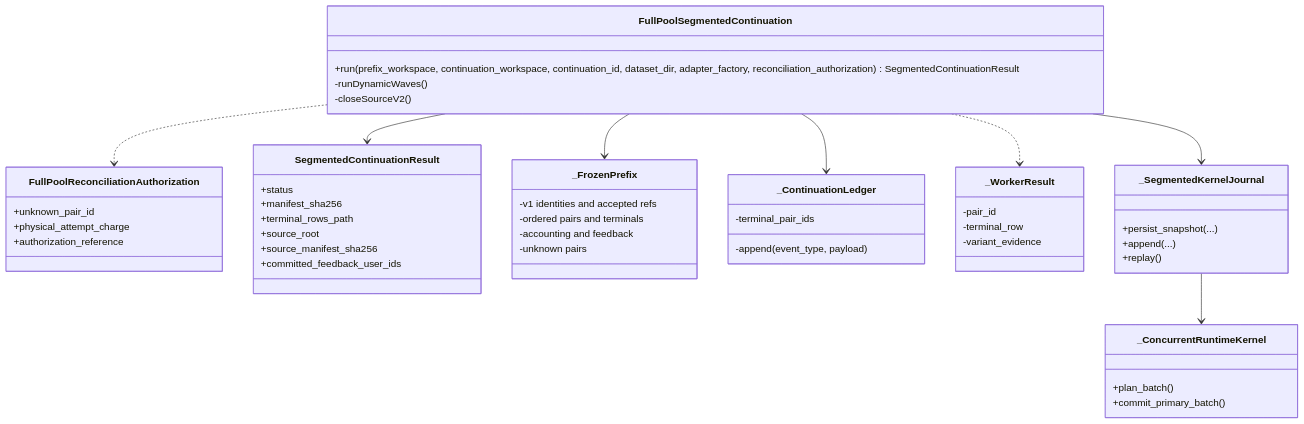
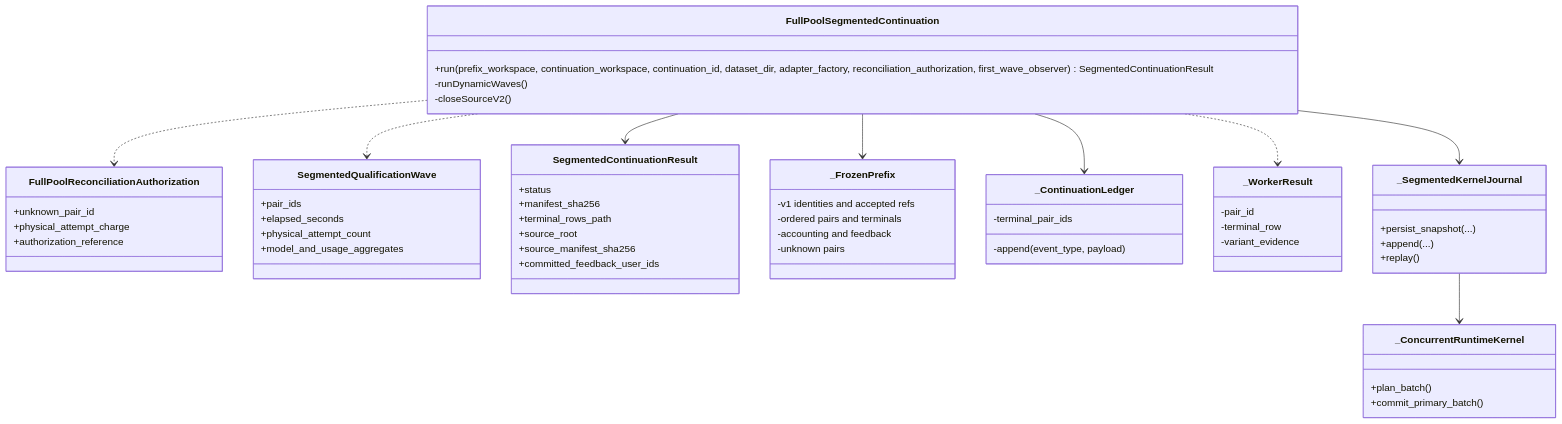
The eighth of 8 diagrams in docs/architecture/full-pool-segmented-continuation.md (liu-qingyuan/llm-abm-marketing-sim), drawn with Mermaid before and after one commit. The commit also changed other lines of this file and 8 other files, not shown here.

````diff
--- a/docs/architecture/full-pool-segmented-continuation.md
+++ b/docs/architecture/full-pool-segmented-continuation.md
@@ -160,52 +160,59 @@
 ```mermaid
 classDiagram
     class FullPoolSegmentedContinuation {
-      +run(prefix_workspace, continuation_workspace, continuation_id, dataset_dir, adapter_factory, reconciliation_authorization) SegmentedContinuationResult
+      +run(prefix_workspace, continuation_workspace, continuation_id, dataset_dir, adapter_factory, reconciliation_authorization, first_wave_observer) SegmentedContinuationResult
       -runDynamicWaves()
       -closeSourceV2()
     }
     class FullPoolReconciliationAuthorization {
       +unknown_pair_id
       +physical_attempt_charge
       +authorization_reference
+    }
+    class SegmentedQualificationWave {
+      +pair_ids
+      +elapsed_seconds
+      +physical_attempt_count
+      +model_and_usage_aggregates
     }
     class SegmentedContinuationResult {
       +status
       +manifest_sha256
       +terminal_rows_path
       +source_root
       +source_manifest_sha256
       +committed_feedback_user_ids
     }
     class _FrozenPrefix {
       -v1 identities and accepted refs
       -ordered pairs and terminals
       -accounting and feedback
       -unknown pairs
     }
     class _ContinuationLedger {
       -append(event_type, payload)
       -terminal_pair_ids
     }
     class _WorkerResult {
       -pair_id
       -terminal_row
       -variant_evidence
     }
     class _SegmentedKernelJournal {
       +persist_snapshot(...)
       +append(...)
       +replay()
     }
     class _ConcurrentRuntimeKernel {
       +plan_batch()
       +commit_primary_batch()
     }
     FullPoolSegmentedContinuation --> _FrozenPrefix
     FullPoolSegmentedContinuation --> _ContinuationLedger
     FullPoolSegmentedContinuation --> _SegmentedKernelJournal
     _SegmentedKernelJournal --> _ConcurrentRuntimeKernel
     FullPoolSegmentedContinuation ..> _WorkerResult
+    FullPoolSegmentedContinuation ..> SegmentedQualificationWave
     FullPoolSegmentedContinuation ..> FullPoolReconciliationAuthorization
     FullPoolSegmentedContinuation --> SegmentedContinuationResult
 ```
````
